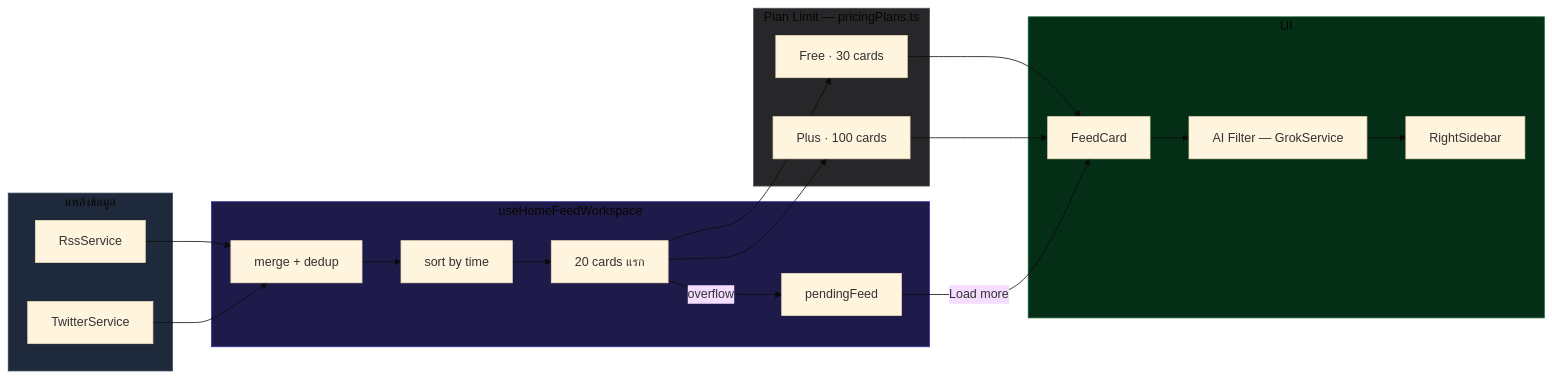
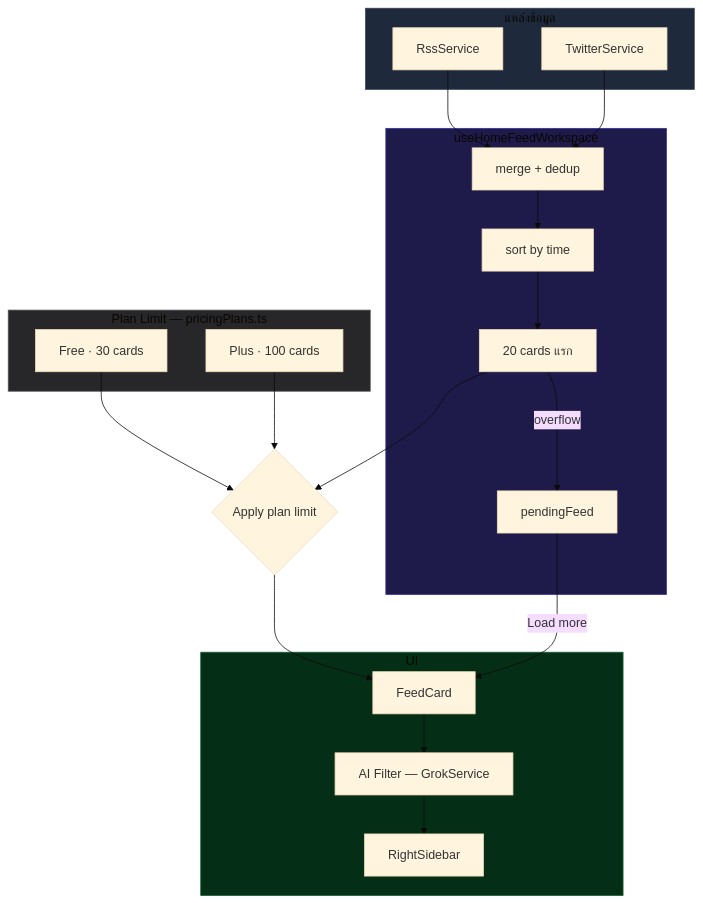
One commit to thefogusz/test changed the diagram in docs/features/home-feed.md. Above: the diagram before and after it, drawn with Mermaid (base theme). The commit also changed 8 other files, not shown here.

Commit message:
Improve docs diagram readability and restore sidebar layout

````diff
--- a/docs/features/home-feed.md
+++ b/docs/features/home-feed.md
@@ -19,39 +19,43 @@
 ```mermaid
-flowchart LR
+flowchart TD
     subgraph Sources["แหล่งข้อมูล"]
         RSS[RssService]
         X[TwitterService]
     end
 
     subgraph Core["useHomeFeedWorkspace"]
         MERGE[merge + dedup]
         SORT[sort by time]
         WINDOW[20 cards แรก]
         PENDING[pendingFeed]
     end
 
     subgraph Limit["Plan Limit — pricingPlans.ts"]
         FREE[Free · 30 cards]
         PLUS[Plus · 100 cards]
     end
 
     subgraph UI["UI"]
         FEEDCARD[FeedCard]
         GROK[AI Filter — GrokService]
         RSIDEBAR[RightSidebar]
     end
 
     RSS --> MERGE
     X --> MERGE
-    MERGE --> SORT --> WINDOW
+    MERGE --> SORT
+    SORT --> WINDOW
+    WINDOW --> LIMITCHECK{Apply plan limit}
     WINDOW -- overflow --> PENDING
-    WINDOW --> FREE & PLUS
-    FREE & PLUS --> FEEDCARD
-    FEEDCARD --> GROK --> RSIDEBAR
+    FREE --> LIMITCHECK
+    PLUS --> LIMITCHECK
+    LIMITCHECK --> FEEDCARD
+    FEEDCARD --> GROK
+    GROK --> RSIDEBAR
     PENDING -- Load more --> FEEDCARD
 
     style Sources fill:#1e293b,stroke:#334155
     style Core fill:#1e1b4b,stroke:#3730a3
     style Limit fill:#27272a,stroke:#52525b
     style UI fill:#052e16,stroke:#166534
 ```
````
